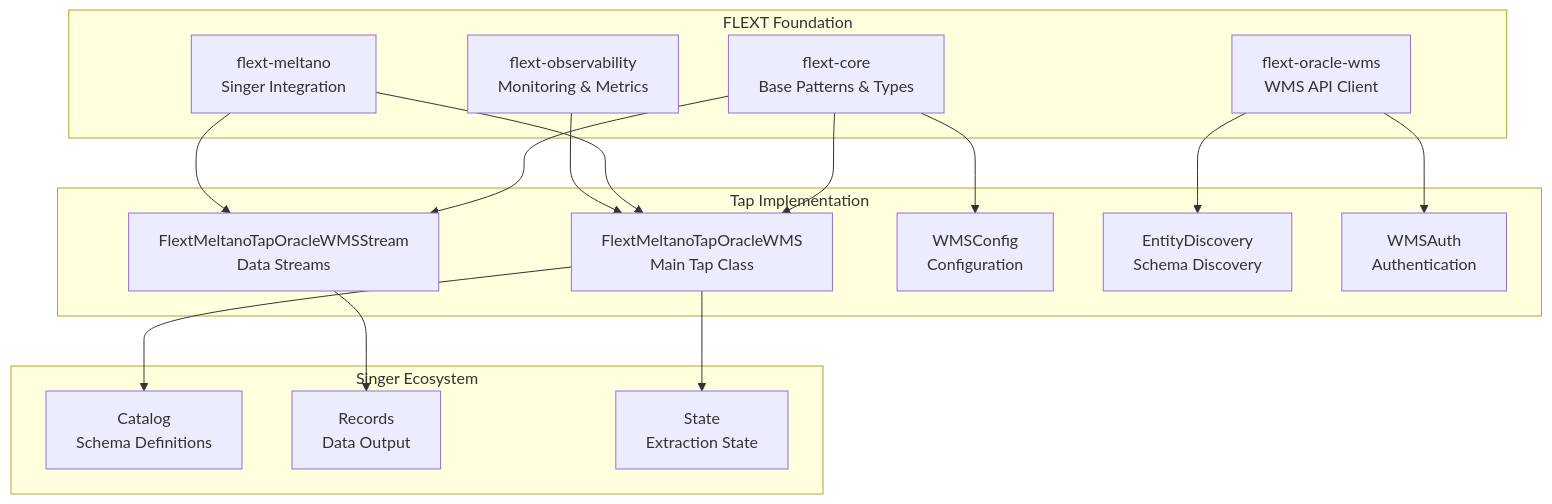
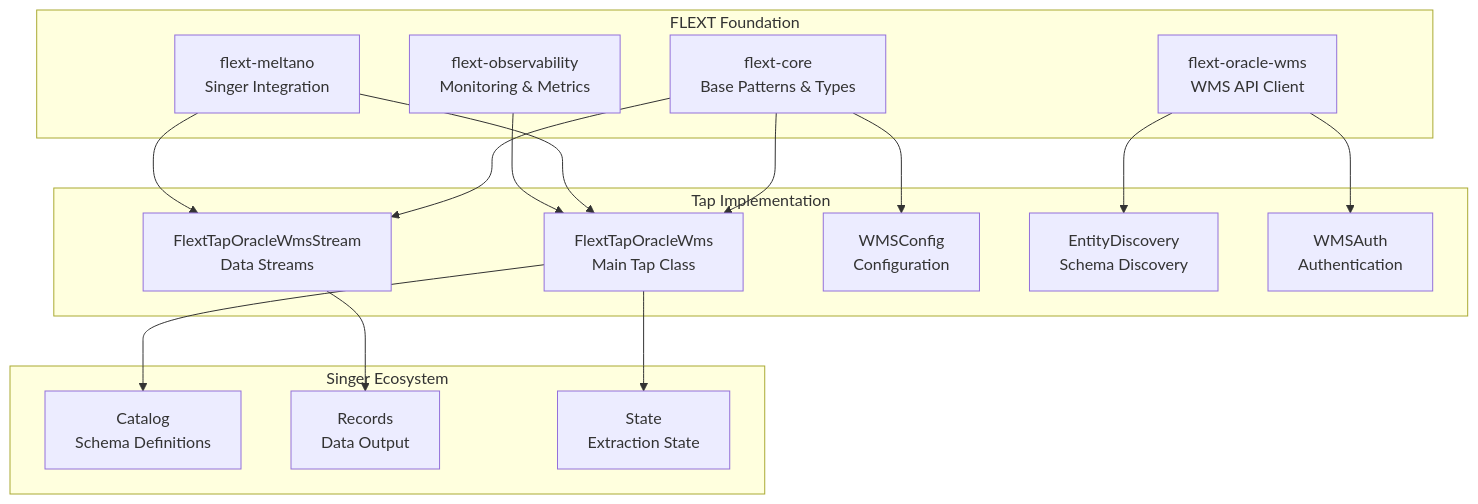
Before and after one commit to flext-sh/flext-tap-oracle-wms: the diagram in docs/architecture/flext-integration.md, drawn with Mermaid. The commit also changed other lines of this file and 32 other files, not shown here.

````diff
--- a/docs/architecture/flext-integration.md
+++ b/docs/architecture/flext-integration.md
@@ -9,36 +9,36 @@
 ```mermaid
 graph TB
     subgraph "FLEXT Foundation"
         FC[flext-core<br/>Base Patterns & Types]
         FOW[flext-oracle-wms<br/>WMS API Client]
         FM[flext-meltano<br/>Singer Integration]
         FO[flext-observability<br/>Monitoring & Metrics]
     end
 
     subgraph "Tap Implementation"
-        TAP[FlextMeltanoTapOracleWMS<br/>Main Tap Class]
-        STREAMS[FlextMeltanoTapOracleWMSStream<br/>Data Streams]
+        TAP[FlextTapOracleWms<br/>Main Tap Class]
+        STREAMS[FlextTapOracleWmsStream<br/>Data Streams]
         CONFIG[WMSConfig<br/>Configuration]
         DISCOVERY[EntityDiscovery<br/>Schema Discovery]
         AUTH[WMSAuth<br/>Authentication]
     end
 
     subgraph "Singer Ecosystem"
         CATALOG[Catalog<br/>Schema Definitions]
         RECORDS[Records<br/>Data Output]
         STATE[State<br/>Extraction State]
     end
 
     FC --> TAP
     FC --> CONFIG
     FC --> STREAMS
     FOW --> AUTH
     FOW --> DISCOVERY
     FM --> TAP
     FM --> STREAMS
     FO --> TAP
 
     TAP --> CATALOG
     STREAMS --> RECORDS
     TAP --> STATE
 ```
````
